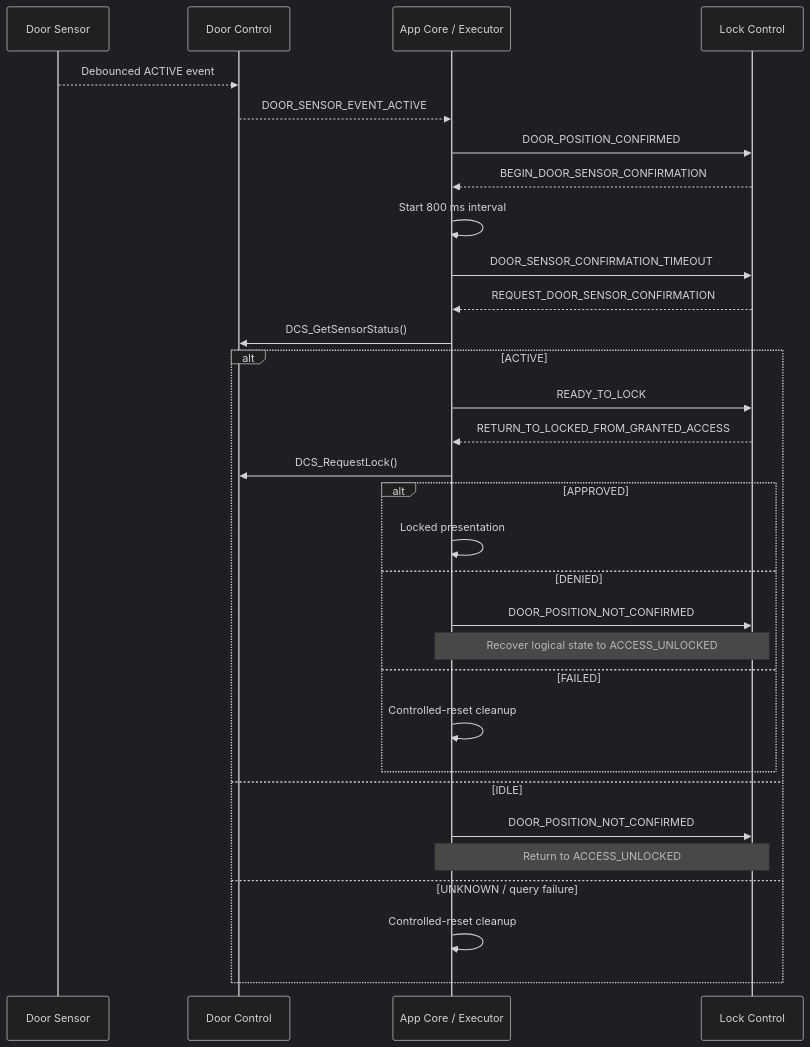
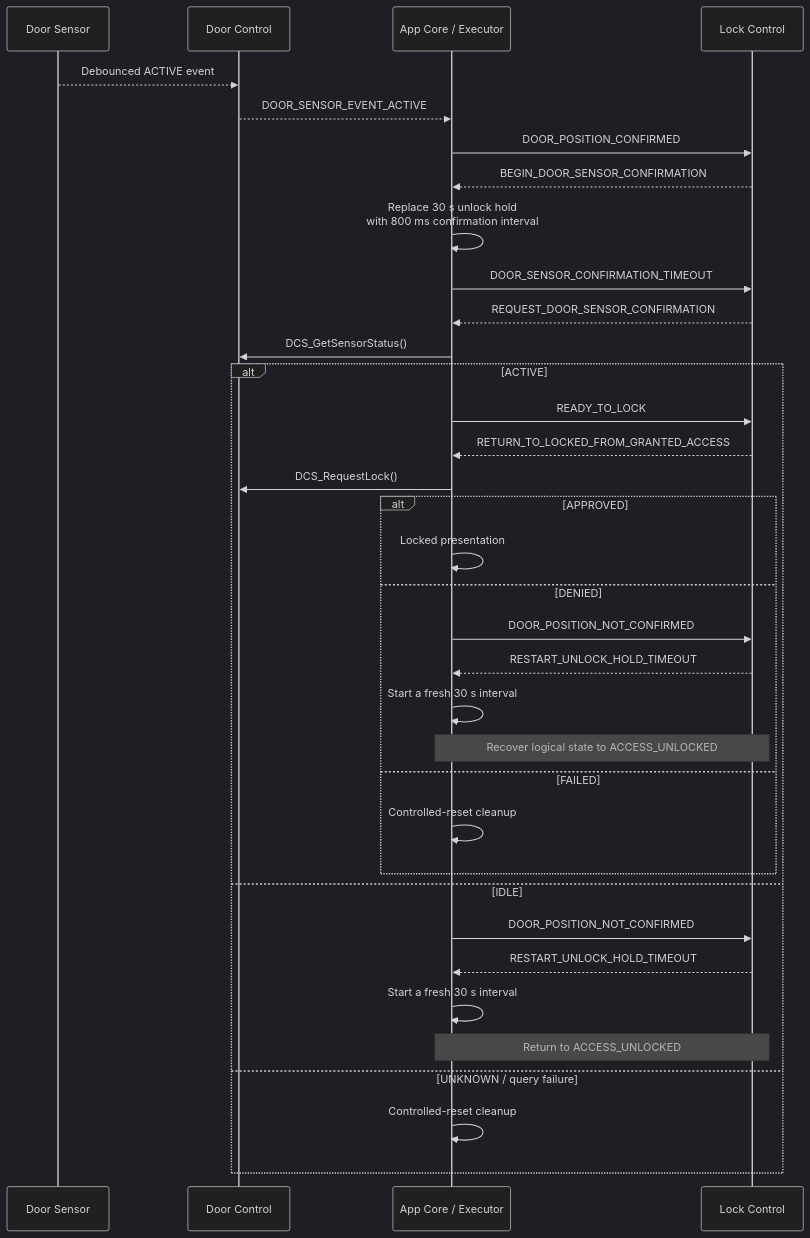
One commit to JP-REY/STM32F103C8T6-Based-Electronic-Lock changed the fourth of 5 diagrams in App/README.md. Above: the diagram before and after it, drawn with Mermaid (dark theme). The commit also changed other lines of this file and 4 other files, not shown here.

First line of the commit message:
feature(app): enforce bounded unlock hold

````diff
--- a/App/README.md
+++ b/App/README.md
@@ -746,39 +777,43 @@
 ```mermaid
 sequenceDiagram
     participant DS as Door Sensor
     participant DCS as Door Control
     participant APP as App Core / Executor
     participant LCS as Lock Control
 
     DS-->>DCS: Debounced ACTIVE event
     DCS-->>APP: DOOR_SENSOR_EVENT_ACTIVE
     APP->>LCS: DOOR_POSITION_CONFIRMED
     LCS-->>APP: BEGIN_DOOR_SENSOR_CONFIRMATION
-    APP->>APP: Start 800 ms interval
+    APP->>APP: Replace 30 s unlock hold<br/>with 800 ms confirmation interval
 
     APP->>LCS: DOOR_SENSOR_CONFIRMATION_TIMEOUT
     LCS-->>APP: REQUEST_DOOR_SENSOR_CONFIRMATION
     APP->>DCS: DCS_GetSensorStatus()
 
     alt ACTIVE
         APP->>LCS: READY_TO_LOCK
         LCS-->>APP: RETURN_TO_LOCKED_FROM_GRANTED_ACCESS
         APP->>DCS: DCS_RequestLock()
 
         alt APPROVED
             APP->>APP: Locked presentation
         else DENIED
             APP->>LCS: DOOR_POSITION_NOT_CONFIRMED
+            LCS-->>APP: RESTART_UNLOCK_HOLD_TIMEOUT
+            APP->>APP: Start a fresh 30 s interval
             Note over APP,LCS: Recover logical state to ACCESS_UNLOCKED
         else FAILED
             APP->>APP: Controlled-reset cleanup
         end
 
     else IDLE
         APP->>LCS: DOOR_POSITION_NOT_CONFIRMED
+        LCS-->>APP: RESTART_UNLOCK_HOLD_TIMEOUT
+        APP->>APP: Start a fresh 30 s interval
         Note over APP,LCS: Return to ACCESS_UNLOCKED
 
     else UNKNOWN / query failure
         APP->>APP: Controlled-reset cleanup
     end
 ```
````
